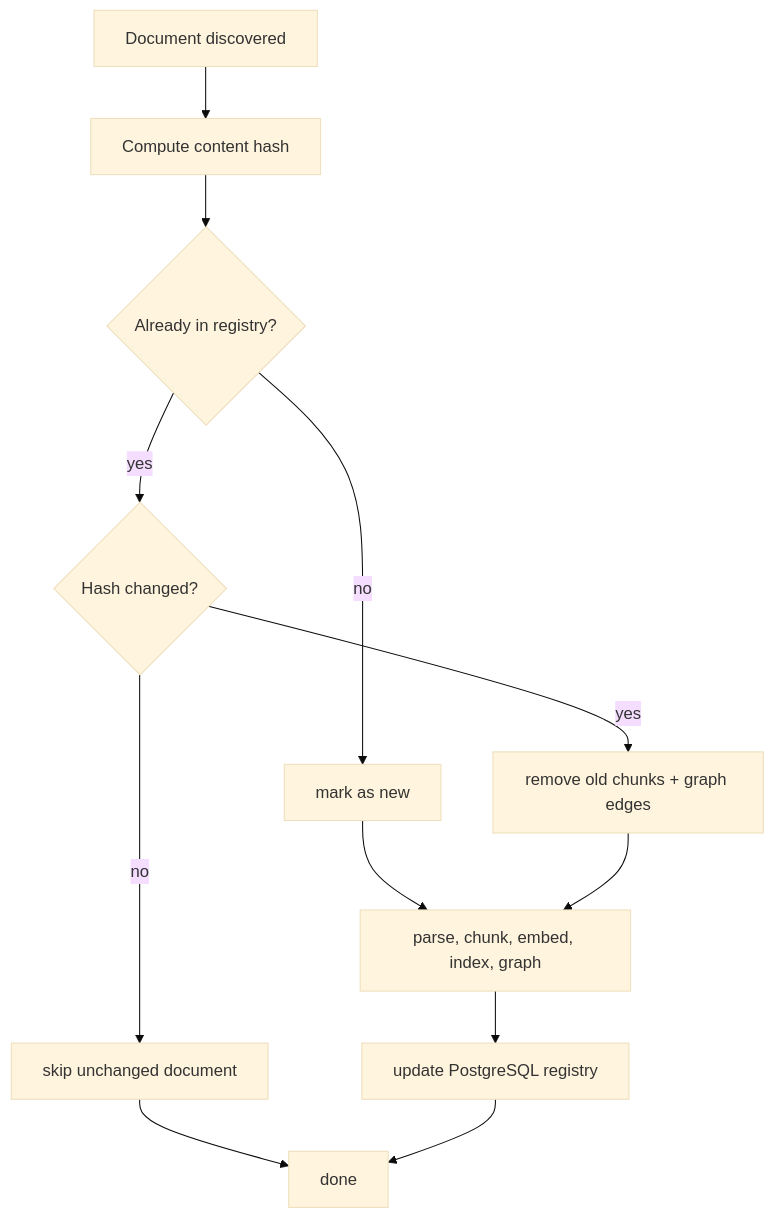
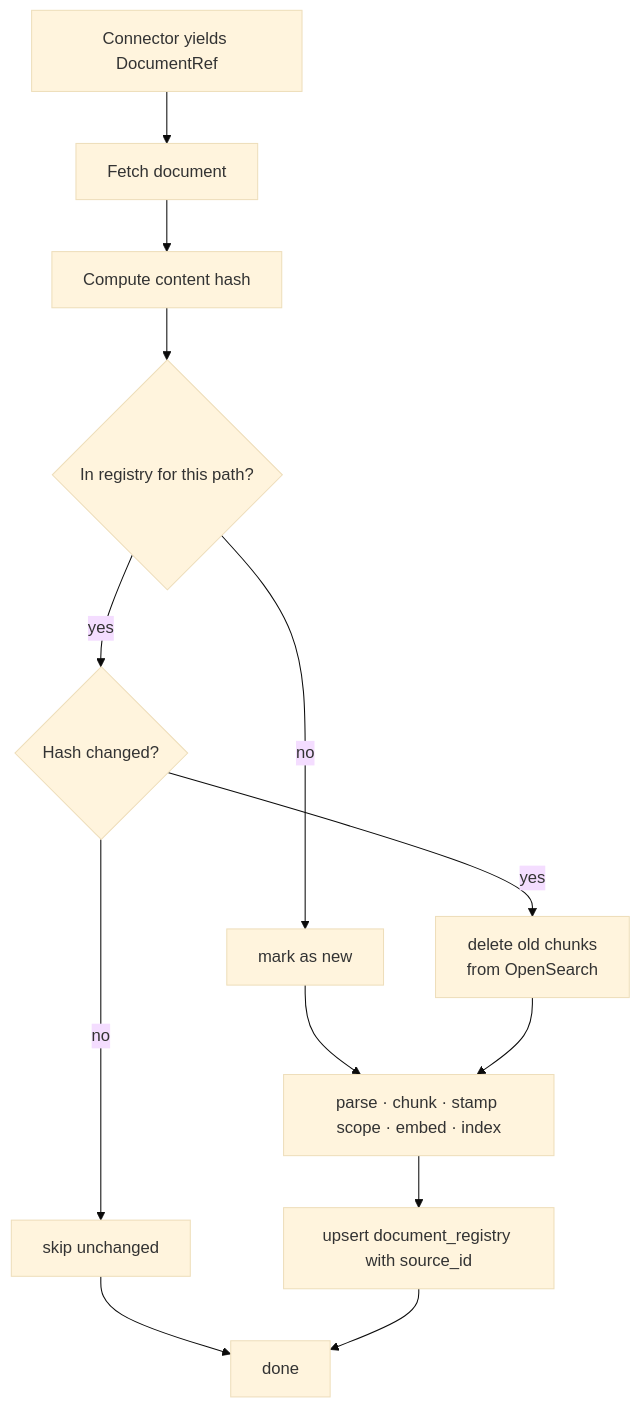
Before and after one commit to gurungabit/prism: the third of 5 diagrams in docs/data-flow.md, drawn with Mermaid (base theme). The commit also changed other lines of this file and 261 other files, not shown here.

````diff
--- a/docs/data-flow.md
+++ b/docs/data-flow.md
@@ -54,14 +109,15 @@
 ```mermaid
 flowchart TD
-    START[Document discovered] --> HASH[Compute content hash]
-    HASH --> CHECK{Already in registry?}
+    START[Connector yields DocumentRef] --> FETCH[Fetch document]
+    FETCH --> HASH[Compute content hash]
+    HASH --> CHECK{In registry for this path?}
     CHECK -->|no| NEW[mark as new]
     CHECK -->|yes| COMPARE{Hash changed?}
-    COMPARE -->|no| SKIP[skip unchanged document]
-    COMPARE -->|yes| UPDATE[remove old chunks + graph edges]
-    NEW --> PROCESS[parse, chunk, embed, index, graph]
+    COMPARE -->|no| SKIP[skip unchanged]
+    COMPARE -->|yes| UPDATE[delete old chunks<br/>from OpenSearch]
+    NEW --> PROCESS[parse · chunk · stamp scope · embed · index]
     UPDATE --> PROCESS
-    PROCESS --> REG[update PostgreSQL registry]
+    PROCESS --> REG[upsert document_registry with source_id]
     SKIP --> DONE[done]
     REG --> DONE
 ```
````
